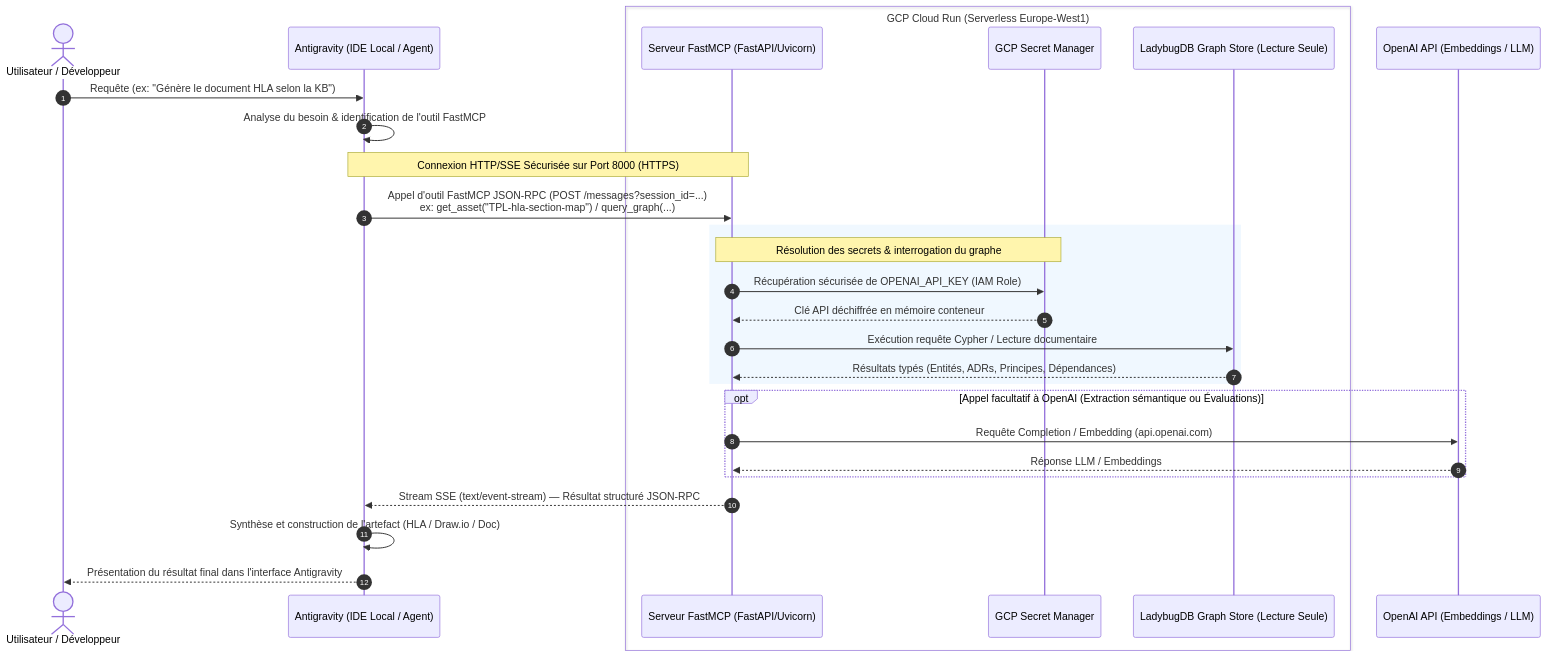
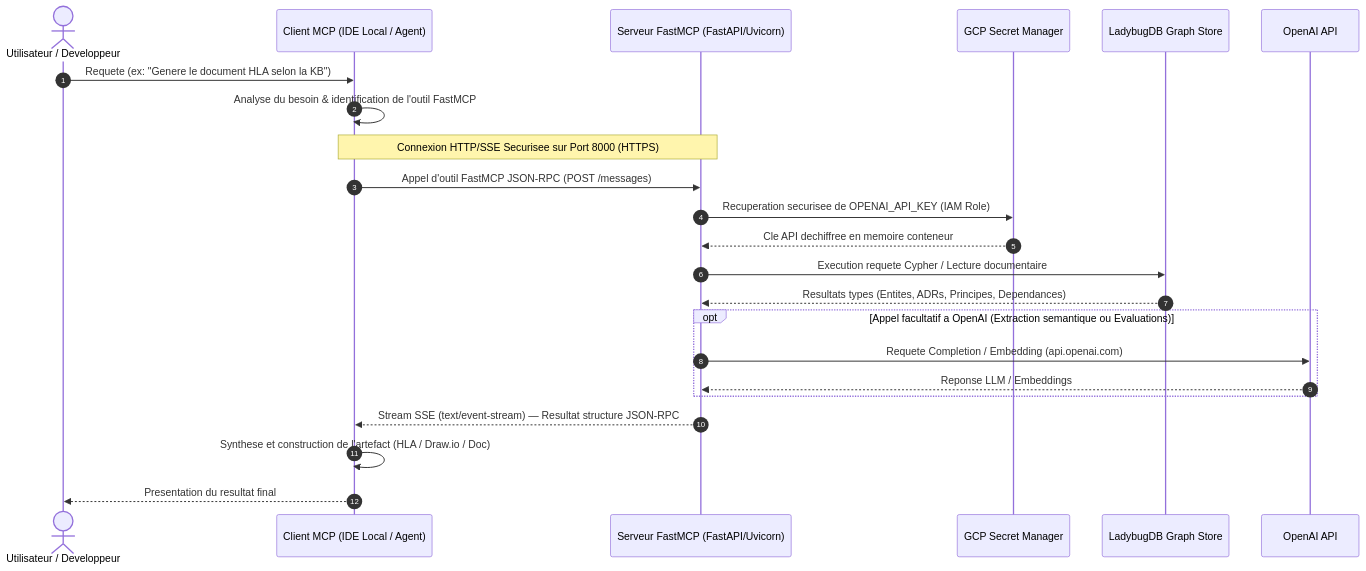
The fourth of 4 diagrams in docs/architecture.md (MauriceIsrael/LLMOps), drawn with Mermaid before and after one commit. The commit also changed other lines of this file and 12 other files, not shown here.

First line of the commit message:
docs: remove client refs, fix Mermaid + GitHub workflows

````diff
--- a/docs/architecture.md
+++ b/docs/architecture.md
@@ -330,35 +330,30 @@
 ```mermaid
 sequenceDiagram
     autonumber
-    actor User as Utilisateur / Développeur
-    participant AG as Antigravity (IDE Local / Agent)
-    box GCP Cloud Run (Serverless Europe-West1)
-        participant MCP as Serveur FastMCP (FastAPI/Uvicorn)
-        participant SM as GCP Secret Manager
-        participant LBUG as LadybugDB Graph Store (Lecture Seule)
-    end
-    participant OAI as OpenAI API (Embeddings / LLM)
+    actor User as Utilisateur / Developpeur
+    participant AG as Client MCP (IDE Local / Agent)
+    participant MCP as Serveur FastMCP (FastAPI/Uvicorn)
+    participant SM as GCP Secret Manager
+    participant LBUG as LadybugDB Graph Store
+    participant OAI as OpenAI API
 
-    User->>AG: Requête (ex: "Génère le document HLA selon la KB")
+    User->>AG: Requete (ex: "Genere le document HLA selon la KB")
     AG->>AG: Analyse du besoin & identification de l'outil FastMCP
-    
-    note over AG,MCP: Connexion HTTP/SSE Sécurisée sur Port 8000 (HTTPS)
-    AG->>MCP: Appel d'outil FastMCP JSON-RPC (POST /messages?session_id=...)<br/>ex: get_asset("TPL-hla-section-map") / query_graph(...)
-    
-    rect rgb(240, 248, 255)
-        note over MCP,SM: Résolution des secrets & interrogation du graphe
-        MCP->>SM: Récupération sécurisée de OPENAI_API_KEY (IAM Role)
-        SM-->>MCP: Clé API déchiffrée en mémoire conteneur
-        MCP->>LBUG: Exécution requête Cypher / Lecture documentaire
-        LBUG-->>MCP: Résultats typés (Entités, ADRs, Principes, Dépendances)
+
+    note over AG,MCP: Connexion HTTP/SSE Securisee sur Port 8000 (HTTPS)
+    AG->>MCP: Appel d'outil FastMCP JSON-RPC (POST /messages)
+
+    MCP->>SM: Recuperation securisee de OPENAI_API_KEY (IAM Role)
+    SM-->>MCP: Cle API dechiffree en memoire conteneur
+    MCP->>LBUG: Execution requete Cypher / Lecture documentaire
+    LBUG-->>MCP: Resultats types (Entites, ADRs, Principes, Dependances)
+
+    opt Appel facultatif a OpenAI (Extraction semantique ou Evaluations)
+        MCP->>OAI: Requete Completion / Embedding (api.openai.com)
+        OAI-->>MCP: Reponse LLM / Embeddings
     end
 
-    opt Appel facultatif à OpenAI (Extraction sémantique ou Évaluations)
-        MCP->>OAI: Requête Completion / Embedding (api.openai.com)
-        OAI-->>MCP: Réponse LLM / Embeddings
-    end
-
-    MCP-->>AG: Stream SSE (text/event-stream) — Résultat structuré JSON-RPC
-    AG->>AG: Synthèse et construction de l'artefact (HLA / Draw.io / Doc)
-    AG-->>User: Présentation du résultat final dans l'interface Antigravity
+    MCP-->>AG: Stream SSE (text/event-stream) — Resultat structure JSON-RPC
+    AG->>AG: Synthese et construction de l'artefact (HLA / Draw.io / Doc)
+    AG-->>User: Presentation du resultat final
 ```
````
